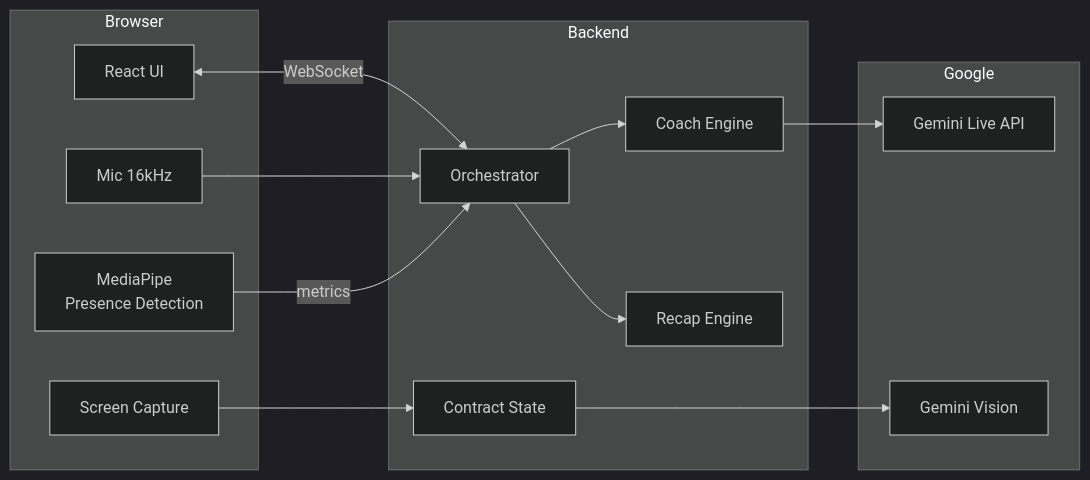
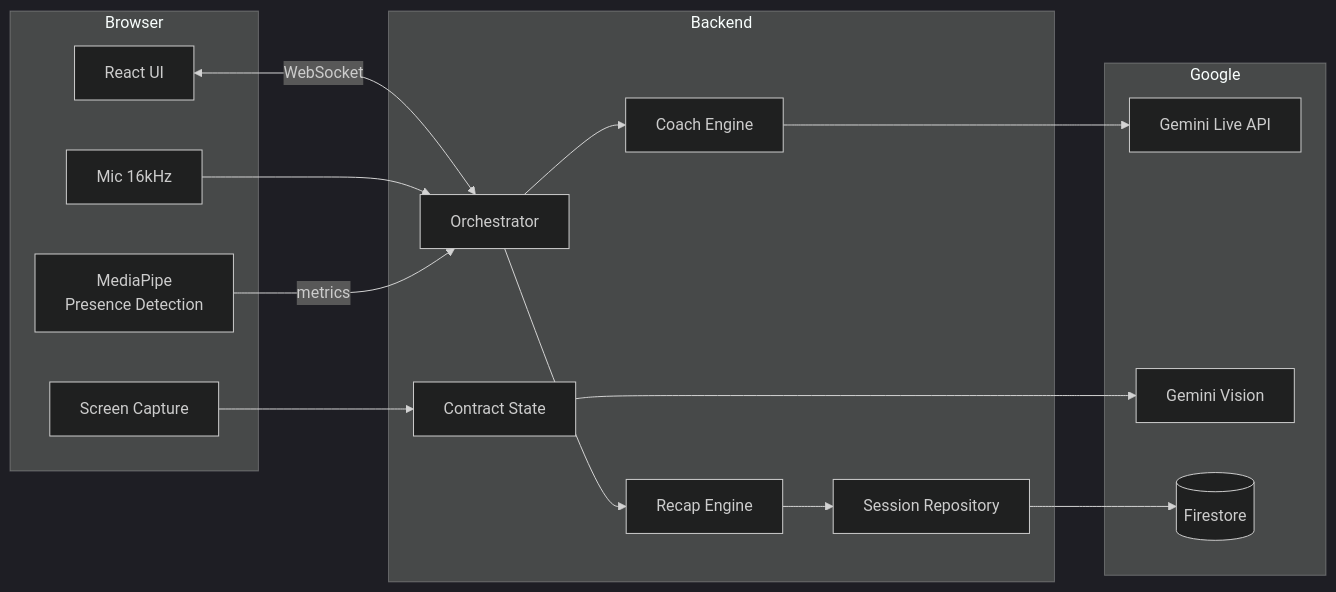
The first of 2 diagrams in README.md (mmoussaif/devpost-google), drawn with Mermaid (dark theme) before and after one commit. The commit also changed other lines of this file and 7 other files, not shown here.

First line of the commit message:
feat: Firestore persistence, OpenAPI docs, Live Agent + Maya Chen, diagrams

````diff
--- a/README.md
+++ b/README.md
@@ -49,30 +49,34 @@
 ```mermaid
 flowchart LR
     subgraph Browser
         React[React UI]
         Audio[Mic 16kHz]
         Screen[Screen Capture]
         MediaPipe[MediaPipe<br/>Presence Detection]
     end
     
     subgraph Backend
         Orch[Orchestrator]
         Coach[Coach Engine]
         Contract[Contract State]
         Recap[Recap Engine]
+        Repo[Session Repository]
     end
     
     subgraph Google
         Live[Gemini Live API]
         Vision[Gemini Vision]
+        Firestore[(Firestore)]
     end
     
     React <-->|WebSocket| Orch
     Audio --> Orch
     Screen --> Contract
     MediaPipe -->|metrics| Orch
     Orch --> Coach
     Coach --> Live
     Contract --> Vision
     Orch --> Recap
+    Recap --> Repo
+    Repo --> Firestore
 ```
````
